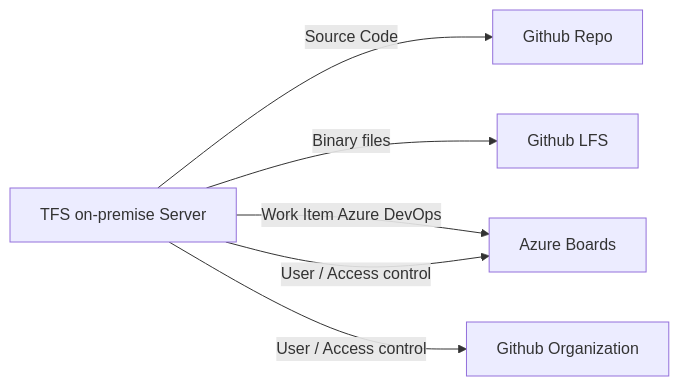
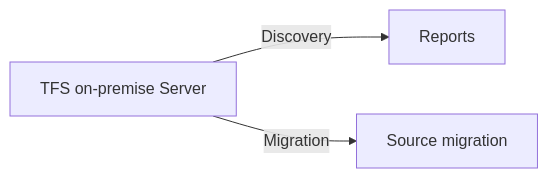
One commit to newtglobalgit/nabors-tfs-migration changed the diagram in Src/README.md. Above: the diagram before and after it, drawn with Mermaid. The commit also changed other lines of this file, not shown here.

````diff
--- a/Src/README.md
+++ b/Src/README.md
@@ -14,8 +14,5 @@
 ```mermaid
 graph LR
-A[TFS on-premise Server] -- Source Code --> B[Github Repo]
-A -- Binary files --> C[Github LFS]
-A -- Work Item Azure DevOps --> D[Azure Boards]
-A -- User / Access control --> E[Github Organization]
-A -- User / Access control --> D
+A[TFS on-premise Server] -- Discovery --> B[Reports]
+A -- Migration --> C[Source migration]
 ```
````
